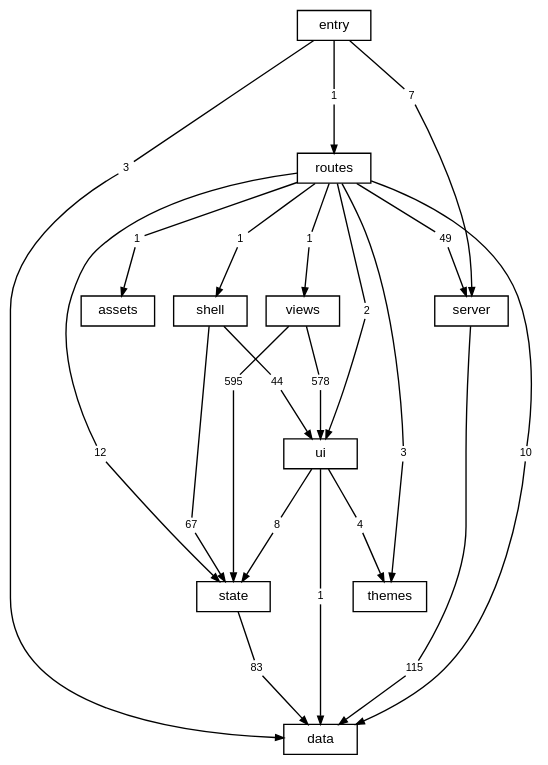
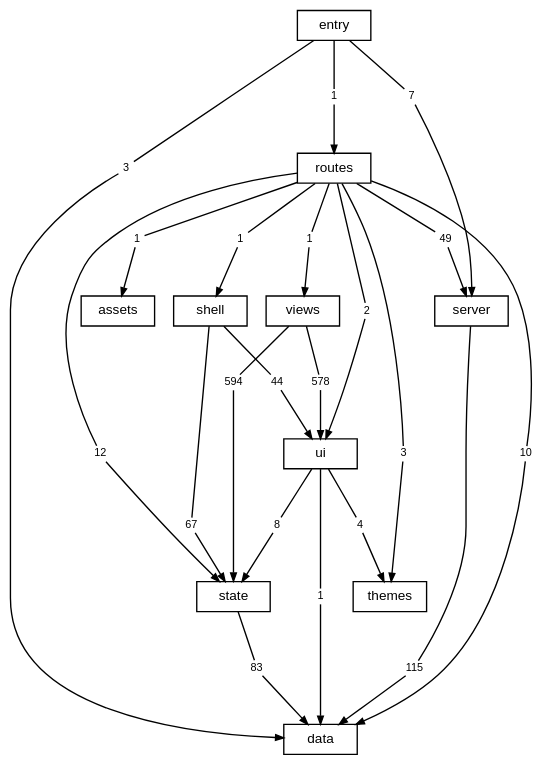
Before and after one commit to TheAxeC/oculus: the diagram in docs/diagrams/layers.dot, drawn with Graphviz. The commit also changed 39 other files, not shown here.

```diff
--- a/docs/diagrams/layers.dot
+++ b/docs/diagrams/layers.dot
@@ -1,75 +1,75 @@
 digraph layers {
     graph [bgcolor="transparent", rankdir=TB, newrank=true, fontname="Helvetica,Arial,sans-serif", fontsize=12, nodesep=0.2, ranksep=0.5];
     node [shape=box, color="black", fontcolor="black", fontname="Helvetica,Arial,sans-serif", fontsize=10, height=0.3, margin="0.12,0.04"];
     edge [color="black", fontcolor="black", fontname="Helvetica,Arial,sans-serif", fontsize=8, arrowsize=0.6];
     "data";
     "server";
     "state";
     "ui";
     "shell";
     "views";
     "themes";
     "routes";
     "src" [label="entry"];
     "files: assets" [label="assets"];
     "routes to data" [label="10", shape=box, color="transparent", fontsize=8, width=0, height=0, margin="0.04,0.02"];
     "routes" -> "routes to data" [arrowhead=none];
     "routes to data" -> "data" [];
     "routes to files: assets" [label="1", shape=box, color="transparent", fontsize=8, width=0, height=0, margin="0.04,0.02"];
     "routes" -> "routes to files: assets" [arrowhead=none];
     "routes to files: assets" -> "files: assets" [];
     "routes to server" [label="49", shape=box, color="transparent", fontsize=8, width=0, height=0, margin="0.04,0.02"];
     "routes" -> "routes to server" [arrowhead=none];
     "routes to server" -> "server" [];
     "routes to shell" [label="1", shape=box, color="transparent", fontsize=8, width=0, height=0, margin="0.04,0.02"];
     "routes" -> "routes to shell" [arrowhead=none];
     "routes to shell" -> "shell" [];
     "routes to state" [label="12", shape=box, color="transparent", fontsize=8, width=0, height=0, margin="0.04,0.02"];
     "routes" -> "routes to state" [arrowhead=none];
     "routes to state" -> "state" [];
     "routes to themes" [label="3", shape=box, color="transparent", fontsize=8, width=0, height=0, margin="0.04,0.02"];
     "routes" -> "routes to themes" [arrowhead=none];
     "routes to themes" -> "themes" [];
     "routes to ui" [label="2", shape=box, color="transparent", fontsize=8, width=0, height=0, margin="0.04,0.02"];
     "routes" -> "routes to ui" [arrowhead=none];
     "routes to ui" -> "ui" [];
     "routes to views" [label="1", shape=box, color="transparent", fontsize=8, width=0, height=0, margin="0.04,0.02"];
     "routes" -> "routes to views" [arrowhead=none];
     "routes to views" -> "views" [];
     "server to data" [label="115", shape=box, color="transparent", fontsize=8, width=0, height=0, margin="0.04,0.02"];
     "server" -> "server to data" [arrowhead=none];
     "server to data" -> "data" [];
     "shell to state" [label="67", shape=box, color="transparent", fontsize=8, width=0, height=0, margin="0.04,0.02"];
     "shell" -> "shell to state" [arrowhead=none];
     "shell to state" -> "state" [];
     "shell to ui" [label="44", shape=box, color="transparent", fontsize=8, width=0, height=0, margin="0.04,0.02"];
     "shell" -> "shell to ui" [arrowhead=none];
     "shell to ui" -> "ui" [];
     "src to data" [label="3", shape=box, color="transparent", fontsize=8, width=0, height=0, margin="0.04,0.02"];
     "src" -> "src to data" [arrowhead=none];
     "src to data" -> "data" [];
     "src to routes" [label="1", shape=box, color="transparent", fontsize=8, width=0, height=0, margin="0.04,0.02"];
     "src" -> "src to routes" [arrowhead=none];
     "src to routes" -> "routes" [];
     "src to server" [label="7", shape=box, color="transparent", fontsize=8, width=0, height=0, margin="0.04,0.02"];
     "src" -> "src to server" [arrowhead=none];
     "src to server" -> "server" [];
     "state to data" [label="83", shape=box, color="transparent", fontsize=8, width=0, height=0, margin="0.04,0.02"];
     "state" -> "state to data" [arrowhead=none];
     "state to data" -> "data" [];
     "ui to data" [label="1", shape=box, color="transparent", fontsize=8, width=0, height=0, margin="0.04,0.02"];
     "ui" -> "ui to data" [arrowhead=none];
     "ui to data" -> "data" [];
     "ui to state" [label="8", shape=box, color="transparent", fontsize=8, width=0, height=0, margin="0.04,0.02"];
     "ui" -> "ui to state" [arrowhead=none];
     "ui to state" -> "state" [];
     "ui to themes" [label="4", shape=box, color="transparent", fontsize=8, width=0, height=0, margin="0.04,0.02"];
     "ui" -> "ui to themes" [arrowhead=none];
     "ui to themes" -> "themes" [];
-    "views to state" [label="595", shape=box, color="transparent", fontsize=8, width=0, height=0, margin="0.04,0.02"];
+    "views to state" [label="594", shape=box, color="transparent", fontsize=8, width=0, height=0, margin="0.04,0.02"];
     "views" -> "views to state" [arrowhead=none];
     "views to state" -> "state" [];
     "views to ui" [label="578", shape=box, color="transparent", fontsize=8, width=0, height=0, margin="0.04,0.02"];
     "views" -> "views to ui" [arrowhead=none];
     "views to ui" -> "ui" [];
 }
```
